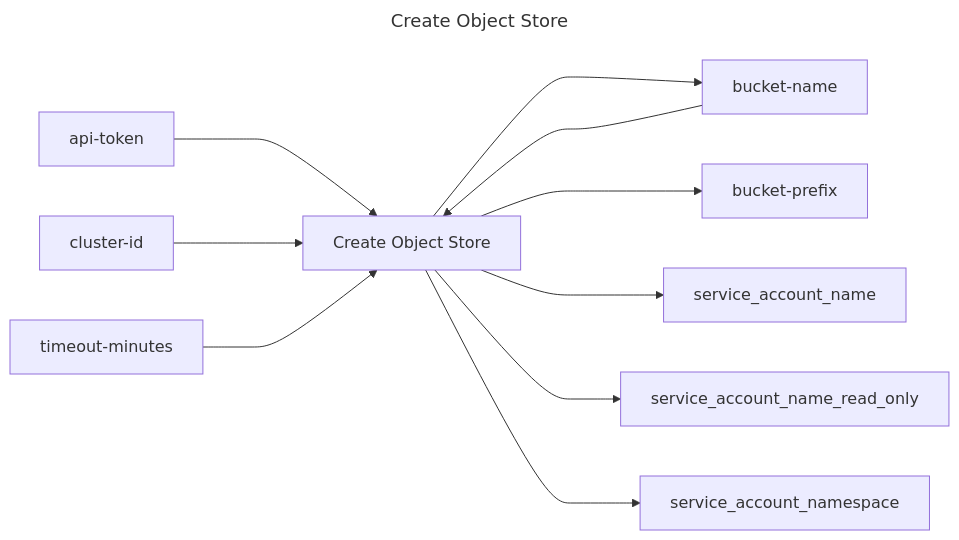
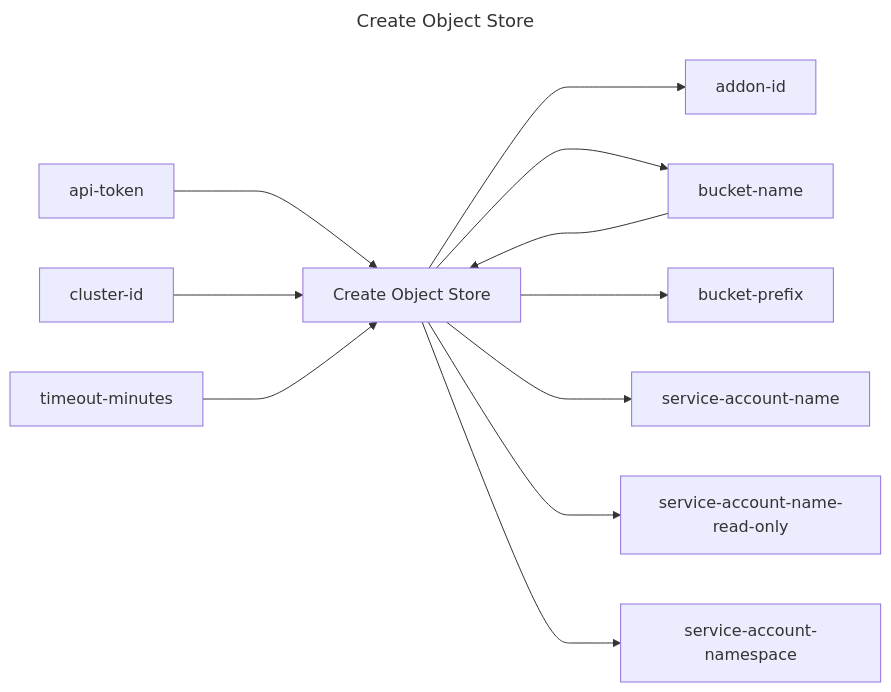
One commit to replicatedhq/replicated-actions changed the diagram in create-object-store/README.md. Above: the diagram before and after it, drawn with Mermaid. The commit also changed other lines of this file and 3 other files, not shown here.

````diff
--- a/create-object-store/README.md
+++ b/create-object-store/README.md
@@ -3,25 +3,27 @@
 ```mermaid
 ---
 title: Create Object Store
 ---
 graph LR
 create_object_store["Create Object Store"]
 api_token["api-token"]
 cluster_id["cluster-id"]
 bucket_name["bucket-name"]
 timeout_minutes["timeout-minutes"]
+addon_id["addon-id"]
 bucket_name["bucket-name"]
 bucket_prefix["bucket-prefix"]
-service_account_name["service_account_name"]
-service_account_name_read_only["service_account_name_read_only"]
-service_account_namespace["service_account_namespace"]
+service_account_name["service-account-name"]
+service_account_name_read_only["service-account-name-read-only"]
+service_account_namespace["service-account-namespace"]
 api_token ---> create_object_store
 cluster_id ---> create_object_store
 bucket_name ---> create_object_store
 timeout_minutes ---> create_object_store
+create_object_store ---> addon_id
 create_object_store ---> bucket_name
 create_object_store ---> bucket_prefix
 create_object_store ---> service_account_name
 create_object_store ---> service_account_name_read_only
 create_object_store ---> service_account_namespace
 ```
````
